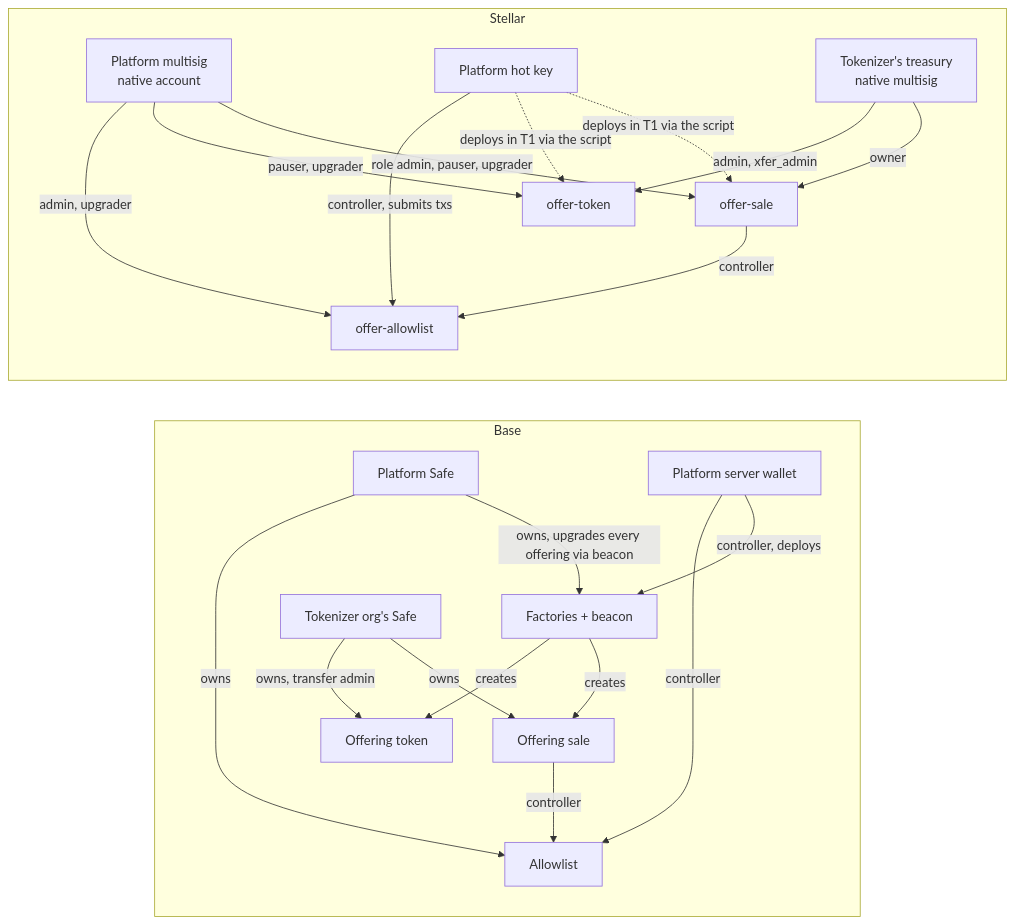
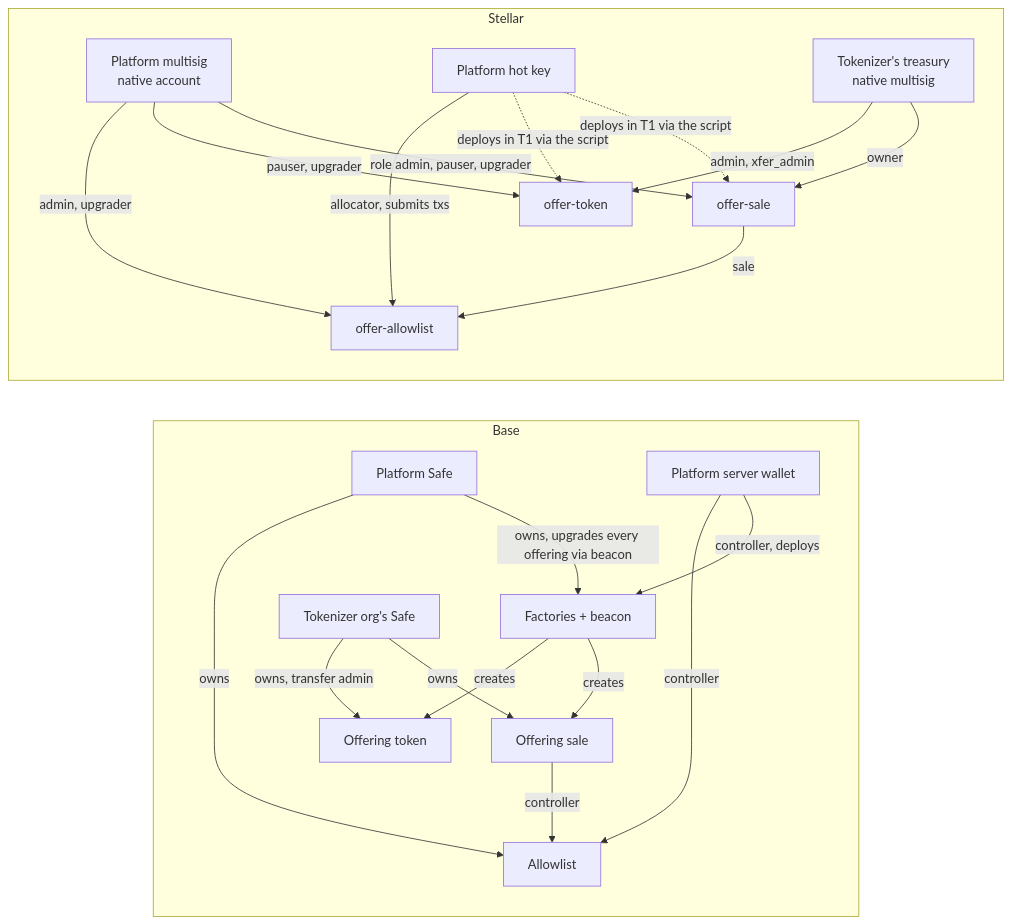
Before and after one commit to BWB-Labs/bwb-stellar: the second of 2 diagrams in docs/interface.md, drawn with Mermaid. The commit also changed other lines of this file and 3 other files, not shown here.

First line of the commit message:
docs(allowlist): allocator and sale roles, no cap cron, write-entry batches

````diff
--- a/docs/interface.md
+++ b/docs/interface.md
@@ -162,40 +163,40 @@
 ```mermaid
 flowchart LR
   subgraph Base
     direction TB
     PS[Platform Safe]
     PW[Platform server wallet]
     OS[Tokenizer org's Safe]
     BAL[Allowlist]
     BF[Factories + beacon]
     BT[Offering token]
     BS[Offering sale]
     PS -->|owns| BAL
     PS -->|owns, upgrades every offering via beacon| BF
     PW -->|controller| BAL
     PW -->|controller, deploys| BF
     BF -->|creates| BT
     BF -->|creates| BS
     OS -->|owns, transfer admin| BT
     OS -->|owns| BS
     BS -->|controller| BAL
   end
   subgraph Stellar
     direction TB
     PM[Platform multisig<br/>native account]
     HK[Platform hot key]
     IT[Tokenizer's treasury<br/>native multisig]
     SAL[offer-allowlist]
     ST[offer-token]
     SS[offer-sale]
     PM -->|admin, upgrader| SAL
     PM -->|pauser, upgrader| ST
     PM -->|role admin, pauser, upgrader| SS
-    HK -->|controller, submits txs| SAL
+    HK -->|allocator, submits txs| SAL
     HK -.->|deploys in T1 via the script| ST
     HK -.->|deploys in T1 via the script| SS
     IT -->|admin, xfer_admin| ST
     IT -->|owner| SS
-    SS -->|controller| SAL
+    SS -->|sale| SAL
   end
 ```
````
